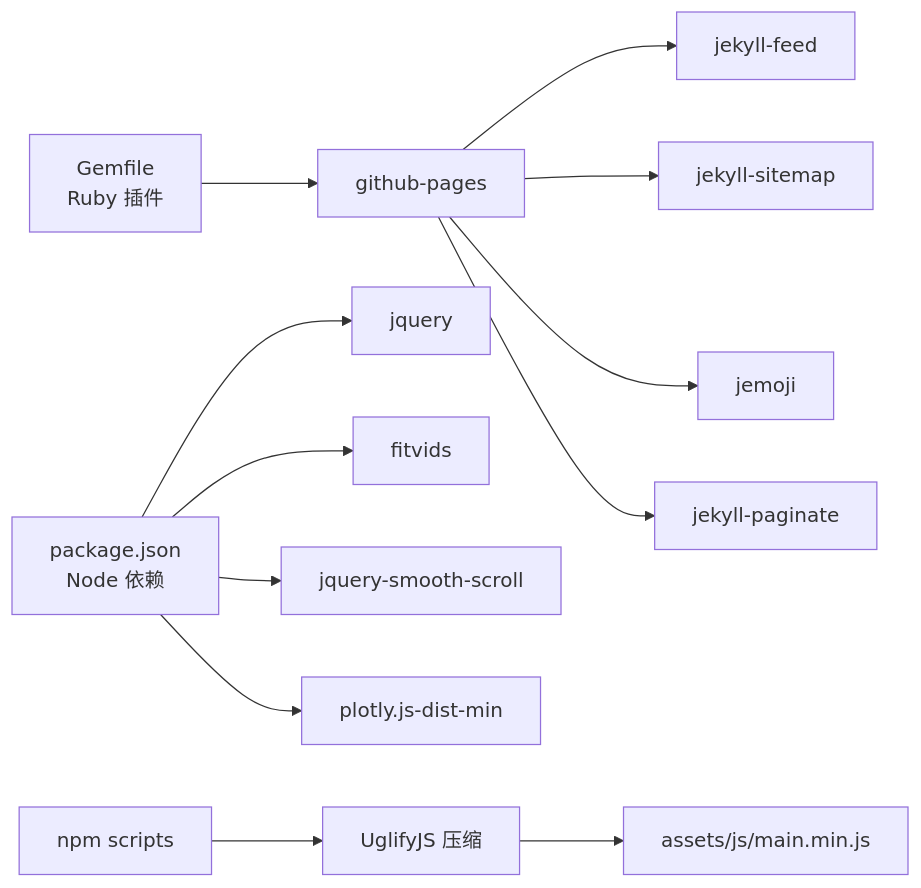
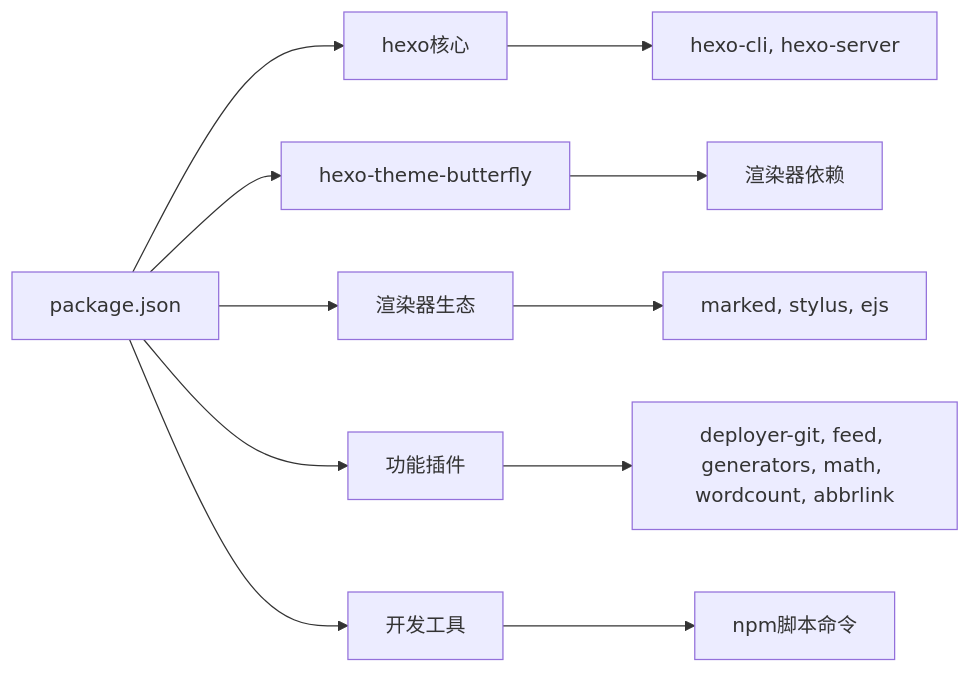
The eighth of 8 diagrams in .qoder/repowiki/zh/content/项目概述/项目概述.md (CoolPig0720/CoolPig0720.github.io), drawn with Mermaid before and after one commit. The commit also changed other lines of this file and 36 other files, not shown here.

````diff
--- a/.qoder/repowiki/zh/content/项目概述/项目概述.md
+++ b/.qoder/repowiki/zh/content/项目概述/项目概述.md
@@ -394,14 +413,13 @@
 ```mermaid
 graph LR
-Gemfile["Gemfile<br/>Ruby 插件"] --> JP["github-pages"]
-JP --> P1["jekyll-feed"]
-JP --> P2["jekyll-sitemap"]
-JP --> P3["jemoji"]
-JP --> P4["jekyll-paginate"]
-package_json["package.json<br/>Node 依赖"] --> N1["jquery"]
-package_json --> N2["fitvids"]
-package_json --> N3["jquery-smooth-scroll"]
-package_json --> N4["plotly.js-dist-min"]
-NPM["npm scripts"] --> Build["UglifyJS 压缩"]
-Build --> JSOut["assets/js/main.min.js"]
+Pkg["package.json"] --> HexoCore["hexo核心"]
+Pkg --> Theme["hexo-theme-butterfly"]
+Pkg --> Renderer["渲染器生态"]
+Pkg --> Plugins["功能插件"]
+Pkg --> DevTools["开发工具"]
+HexoCore --> CoreDeps["hexo-cli, hexo-server"]
+Theme --> ThemeDeps["渲染器依赖"]
+Renderer --> RenderDeps["marked, stylus, ejs"]
+Plugins --> PluginDeps["deployer-git, feed, generators, math, wordcount, abbrlink"]
+DevTools --> Scripts["npm脚本命令"]
 ```
````
